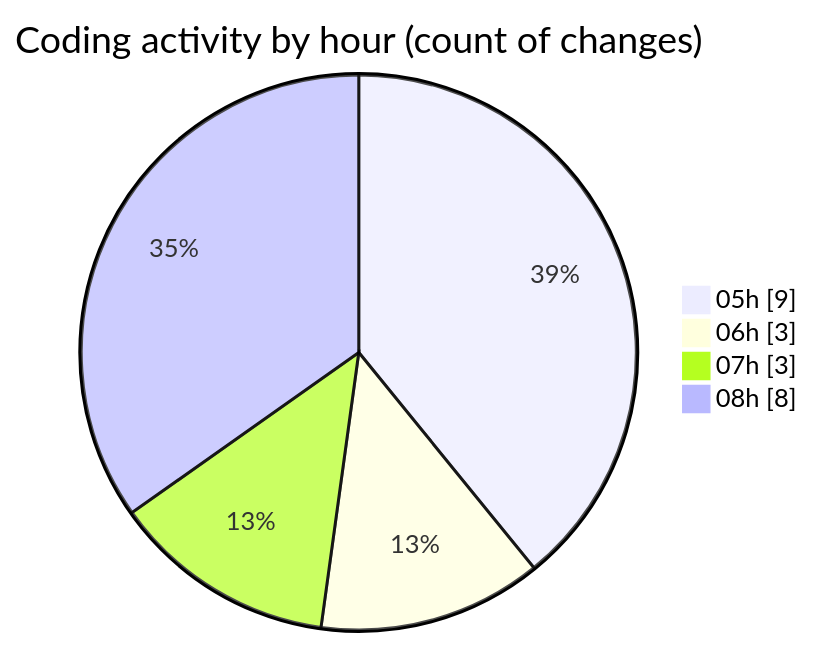
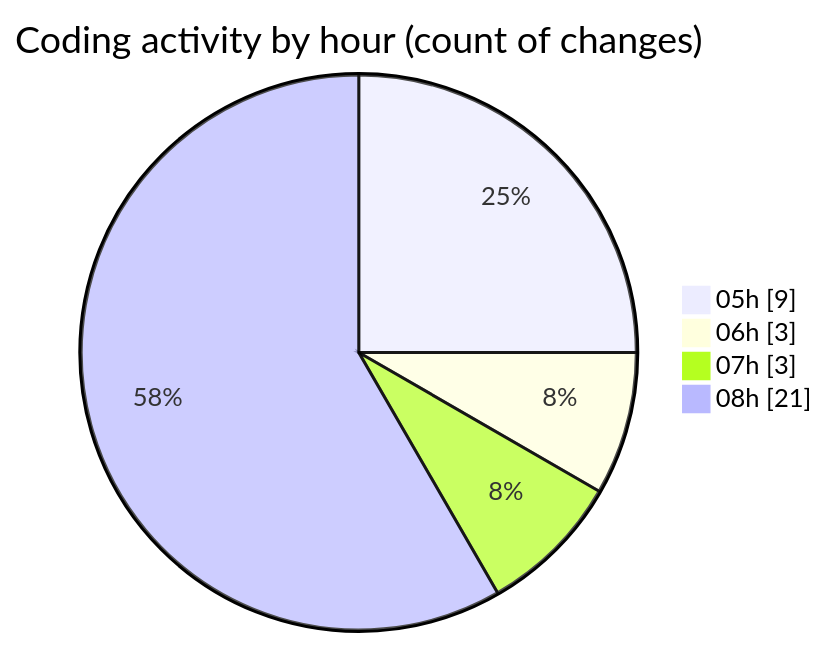
One commit to Elitesun/code-tracking changed the second of 2 diagrams in 2025-02-12/react_ecom/README.md. Above: the diagram before and after it, drawn with Mermaid. The commit also changed other lines of this file and 1 other file, not shown here.

````diff
--- a/2025-02-12/react_ecom/README.md
+++ b/2025-02-12/react_ecom/README.md
@@ -37,8 +39,8 @@
 ```mermaid
 pie showData
 title Coding activity by hour (count of changes)
 "05h" : 9
 "06h" : 3
 "07h" : 3
-"08h" : 8
+"08h" : 21
 ```
````
